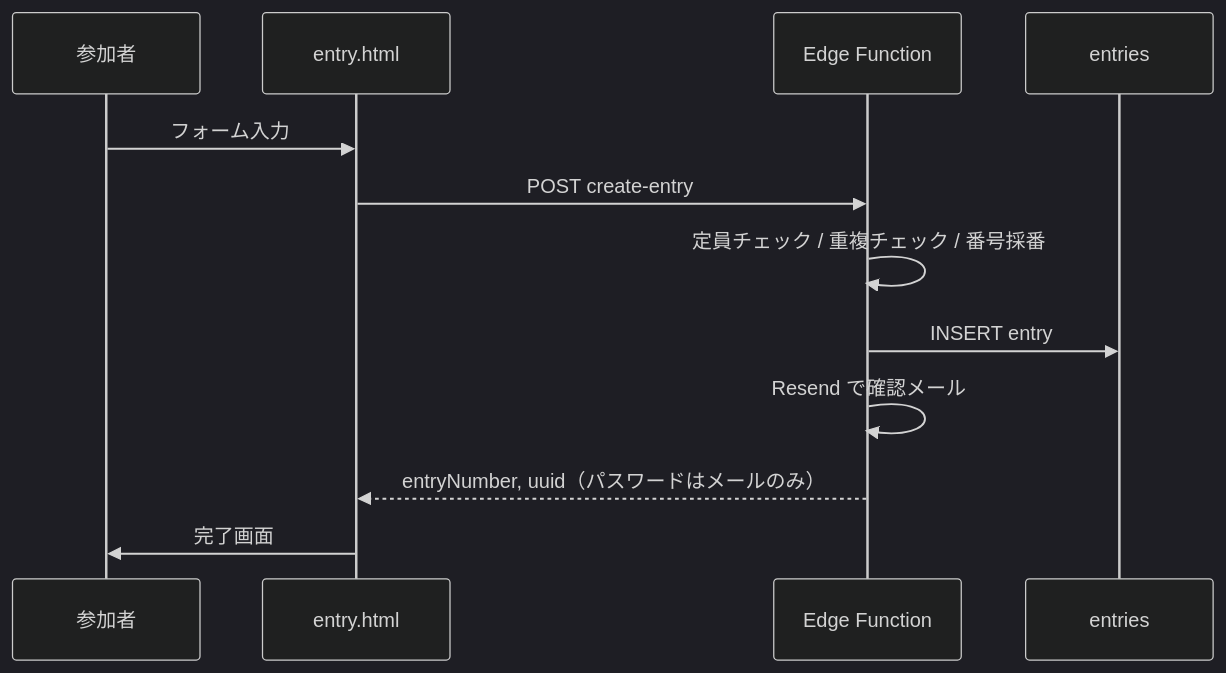
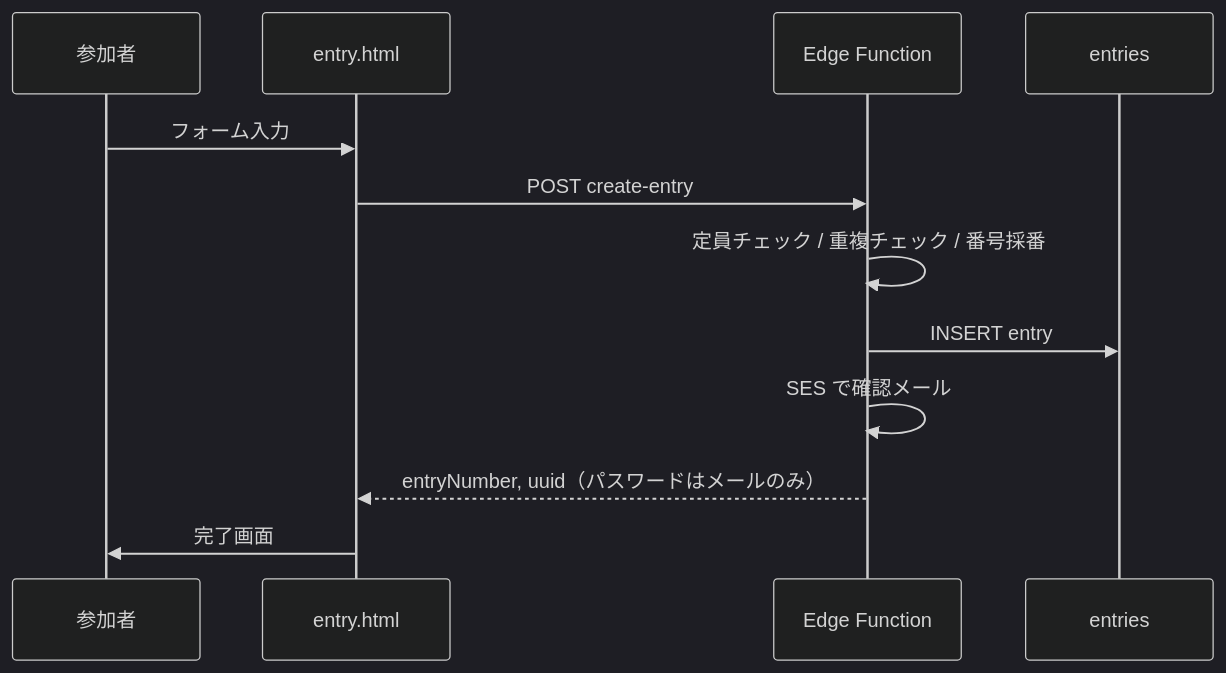
The third of 4 diagrams in docs/supabase-phase0.md (ChromQuiz/app), drawn with Mermaid (dark theme) before and after one commit. The commit also changed other lines of this file and 12 other files, not shown here.

````diff
--- a/docs/supabase-phase0.md
+++ b/docs/supabase-phase0.md
@@ -136,15 +136,15 @@
 ```mermaid
 sequenceDiagram
     participant P as 参加者
     participant FE as entry.html
     participant EF as Edge Function
     participant DB as entries
 
     P->>FE: フォーム入力
     FE->>EF: POST create-entry
     EF->>EF: 定員チェック / 重複チェック / 番号採番
     EF->>DB: INSERT entry
-    EF->>EF: Resend で確認メール
+    EF->>EF: SES で確認メール
     EF-->>FE: entryNumber, uuid（パスワードはメールのみ）
     FE->>P: 完了画面
 ```
````
